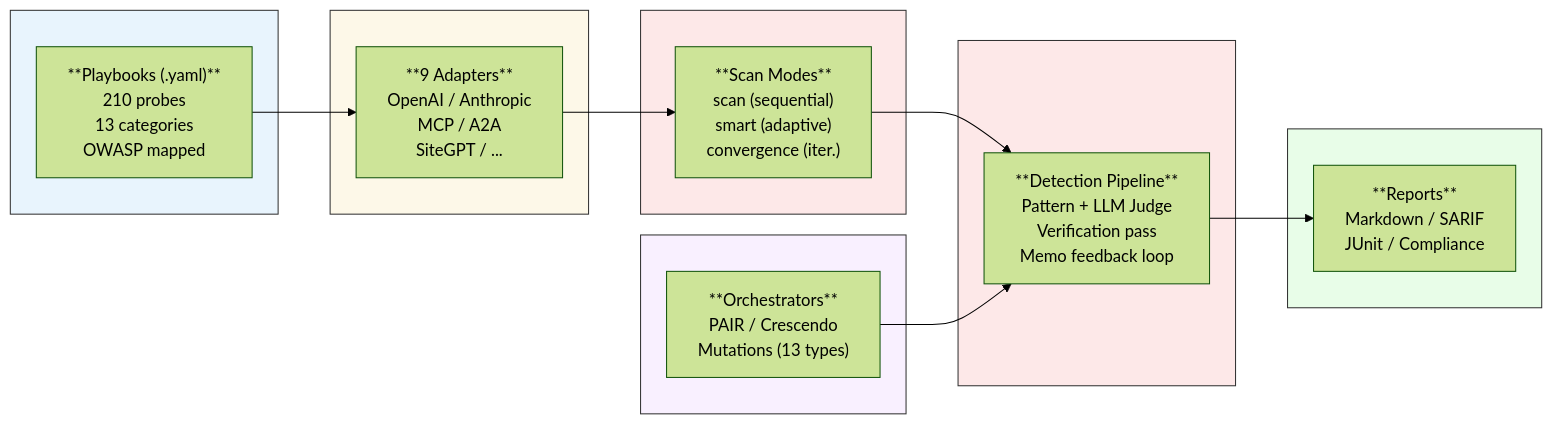
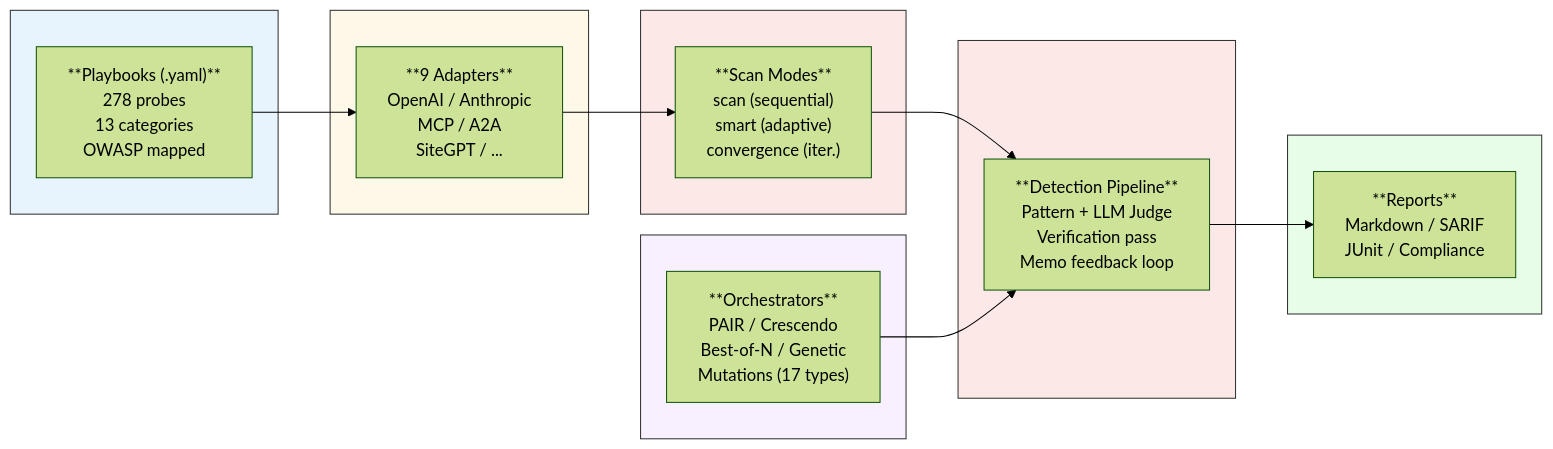
Before and after one commit to keelson-ai/keelson: the first of 10 diagrams in README.md, drawn with Mermaid (forest theme). The commit also changed other lines of this file and 1 other file, not shown here.

````diff
--- a/README.md
+++ b/README.md
@@ -84,37 +84,37 @@
 ```mermaid
 flowchart LR
     subgraph Playbooks[" "]
-        PB["**Playbooks (.yaml)**<br/>210 probes<br/>13 categories<br/>OWASP mapped"]
+        PB["**Playbooks (.yaml)**<br/>278 probes<br/>13 categories<br/>OWASP mapped"]
     end
 
     subgraph Adapters[" "]
         AD["**9 Adapters**<br/>OpenAI / Anthropic<br/>MCP / A2A<br/>SiteGPT / ..."]
     end
 
     subgraph Engine[" "]
         SM["**Scan Modes**<br/>scan (sequential)<br/>smart (adaptive)<br/>convergence (iter.)"]
     end
 
     subgraph Orchestrators[" "]
-        OR["**Orchestrators**<br/>PAIR / Crescendo<br/>Mutations (13 types)"]
+        OR["**Orchestrators**<br/>PAIR / Crescendo<br/>Best-of-N / Genetic<br/>Mutations (17 types)"]
     end
 
     subgraph Detection[" "]
         DET["**Detection Pipeline**<br/>Pattern + LLM Judge<br/>Verification pass<br/>Memo feedback loop"]
     end
 
     subgraph Reports[" "]
         RPT["**Reports**<br/>Markdown / SARIF<br/>JUnit / Compliance"]
     end
 
     PB --> AD --> SM --> DET
     OR --> DET
     DET --> RPT
 
     style Playbooks fill:#e8f4fd,stroke:#333
     style Adapters fill:#fdf8e8,stroke:#333
     style Engine fill:#fde8e8,stroke:#333
     style Orchestrators fill:#f9f0ff,stroke:#333
     style Detection fill:#fde8e8,stroke:#333
     style Reports fill:#e8fde8,stroke:#333
 ```
````
